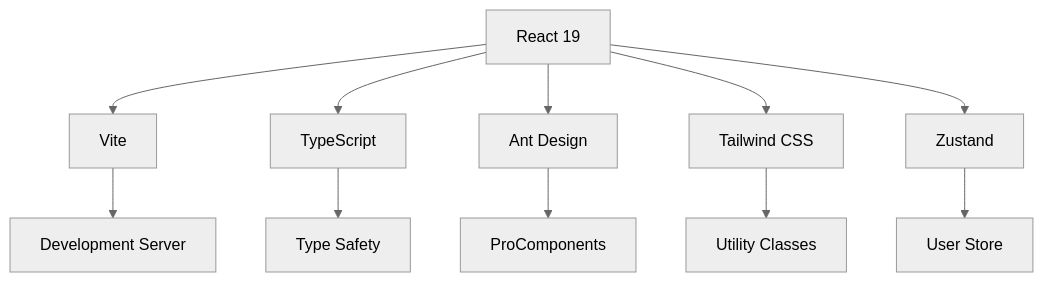
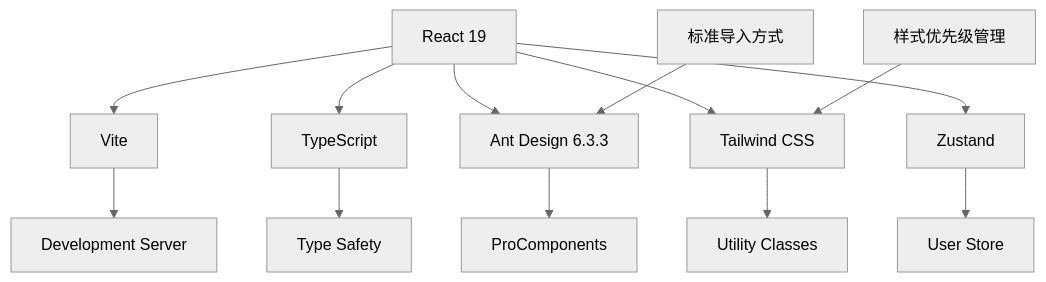
One commit to fengerzh/react-vscode-template changed the second of 6 diagrams in .qoder/repowiki/zh/content/样式方案/Ant Design 集成.md. Above: the diagram before and after it, drawn with Mermaid (neutral theme). The commit also changed other lines of this file and 6 other files, not shown here.

````diff
--- a/.qoder/repowiki/zh/content/样式方案/Ant Design 集成.md
+++ b/.qoder/repowiki/zh/content/样式方案/Ant Design 集成.md
@@ -77,13 +91,15 @@
 ```mermaid
 graph TD
 A[React 19] --> B[Vite]
 A --> C[TypeScript]
-A --> D[Ant Design]
+A --> D[Ant Design 6.3.3]
 A --> E[Tailwind CSS]
 D --> F[ProComponents]
 E --> G[Utility Classes]
 A --> H[Zustand]
 H --> I[User Store]
 B --> J[Development Server]
 C --> K[Type Safety]
+L[标准导入方式] --> D
+M[样式优先级管理] --> E
 ```
````
